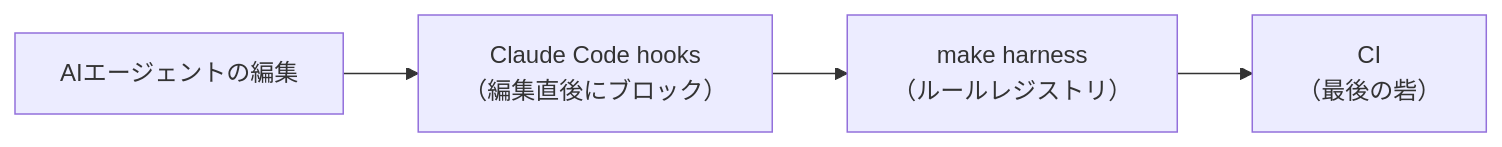
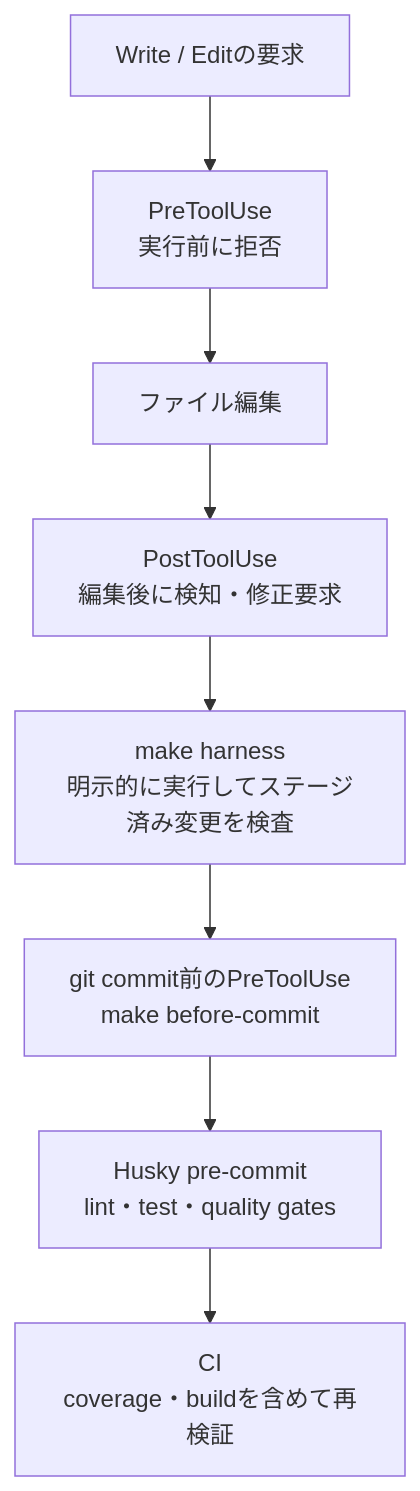
The diagram in articles/tenkacloud-ai-agent-harness.md (susumutomita/zenn-article), drawn with Mermaid before and after one commit. The commit also changed other lines of this file, not shown here.

Commit message:
docs: refine AI agent harness article

````diff
--- a/articles/tenkacloud-ai-agent-harness.md
+++ b/articles/tenkacloud-ai-agent-harness.md
@@ -13,6 +15,10 @@
 ```mermaid
-flowchart LR
-  Agent["AIエージェントの編集"] --> Hooks["Claude Code hooks<br/>（編集直後にブロック）"]
-  Hooks --> Harness["make harness<br/>（ルールレジストリ）"]
-  Harness --> CI["CI<br/>（最後の砦）"]
+flowchart TD
+  EditRequest["Write / Editの要求"] --> Pre["PreToolUse<br/>実行前に拒否"]
+  Pre --> Edit["ファイル編集"]
+  Edit --> Post["PostToolUse<br/>編集後に検知・修正要求"]
+  Post --> Harness["make harness<br/>明示的に実行してステージ済み変更を検査"]
+  Harness --> CommitGuard["git commit前のPreToolUse<br/>make before-commit"]
+  CommitGuard --> Husky["Husky pre-commit<br/>lint・test・quality gates"]
+  Husky --> CI["CI<br/>coverage・buildを含めて再検証"]
 ```
````
